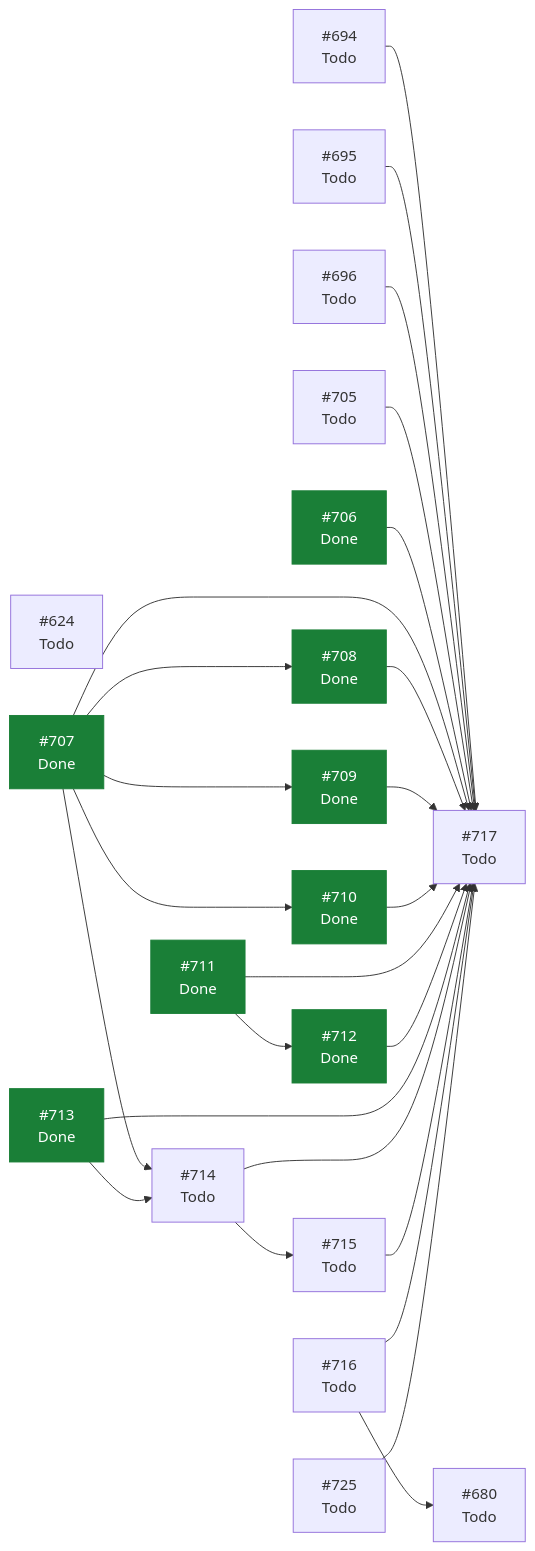
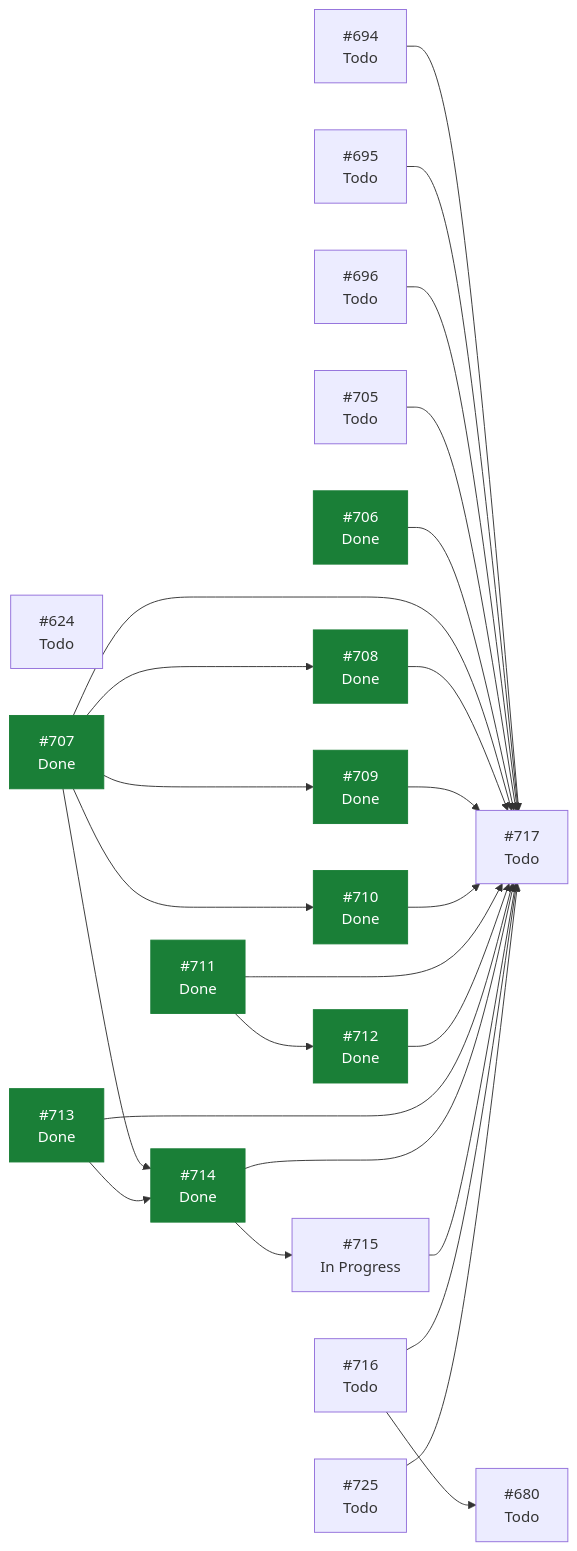
One commit to ecamp0s/evault changed the diagram in docs/planning/STATUS.md. Above: the diagram before and after it, drawn with Mermaid. The commit also changed other lines of this file, not shown here.

````diff
--- a/docs/planning/STATUS.md
+++ b/docs/planning/STATUS.md
@@ -111,48 +111,48 @@
 ```mermaid
 graph LR
   I624["#624<br/>Todo"]
   I680["#680<br/>Todo"]
   I694["#694<br/>Todo"]
   I695["#695<br/>Todo"]
   I696["#696<br/>Todo"]
   I705["#705<br/>Todo"]
   I706["#706<br/>Done"]
   I707["#707<br/>Done"]
   I708["#708<br/>Done"]
   I709["#709<br/>Done"]
   I710["#710<br/>Done"]
   I711["#711<br/>Done"]
   I712["#712<br/>Done"]
   I713["#713<br/>Done"]
-  I714["#714<br/>Todo"]
-  I715["#715<br/>Todo"]
+  I714["#714<br/>Done"]
+  I715["#715<br/>In Progress"]
   I716["#716<br/>Todo"]
   I717["#717<br/>Todo"]
   I725["#725<br/>Todo"]
   I694 --> I717
   I695 --> I717
   I696 --> I717
   I705 --> I717
   I706 --> I717
   I707 --> I708
   I707 --> I709
   I707 --> I710
   I707 --> I714
   I707 --> I717
   I708 --> I717
   I709 --> I717
   I710 --> I717
   I711 --> I712
   I711 --> I717
   I712 --> I717
   I713 --> I714
   I713 --> I717
   I714 --> I715
   I714 --> I717
   I715 --> I717
   I716 --> I680
   I716 --> I717
   I725 --> I717
   classDef hecho fill:#1a7f37,stroke:#1a7f37,color:#fff;
-  class I706,I707,I708,I709,I710,I711,I712,I713 hecho;
+  class I706,I707,I708,I709,I710,I711,I712,I713,I714 hecho;
 ```
````
